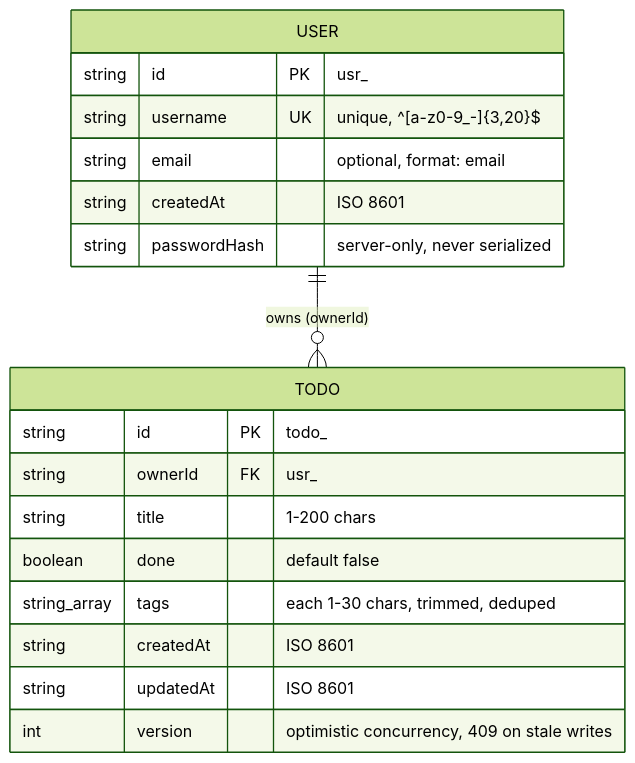
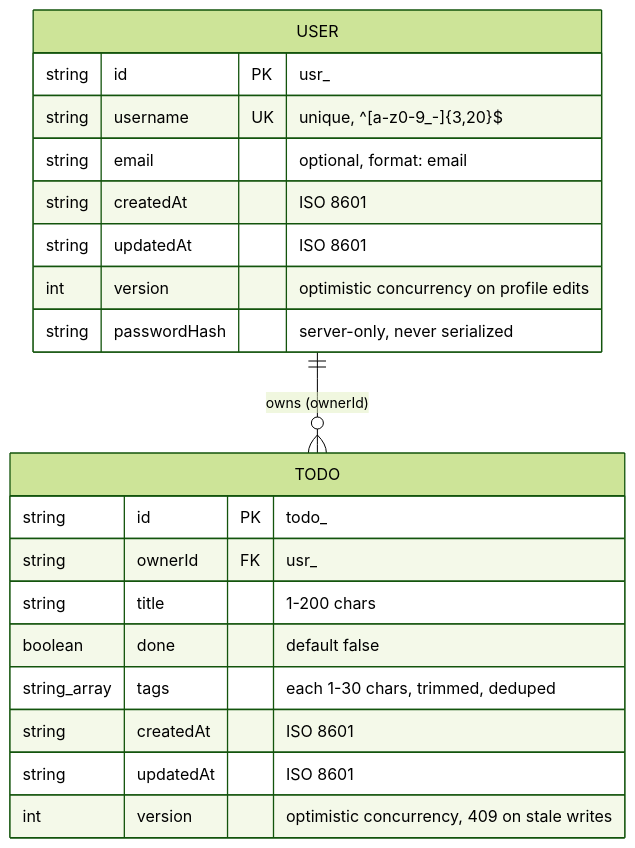
Before and after one commit to asimov-hq/minimal-npm-workspace: the diagram in docs/documentations/developer/data-models.md, drawn with Mermaid (forest theme). The commit also changed other lines of this file and 9 other files, not shown here.

First line of the commit message:
Symmetric user CRUD: PATCH/DELETE /v1/me with optimistic concurrency

````diff
--- a/docs/documentations/developer/data-models.md
+++ b/docs/documentations/developer/data-models.md
@@ -7,21 +7,23 @@
 ```mermaid
 erDiagram
     USER ||--o{ TODO : "owns (ownerId)"
     USER {
         string id PK "usr_<uuid>"
         string username UK "unique, ^[a-z0-9_-]{3,20}$"
         string email "optional, format: email"
         string createdAt "ISO 8601"
+        string updatedAt "ISO 8601"
+        int version "optimistic concurrency on profile edits"
         string passwordHash "server-only, never serialized"
     }
     TODO {
         string id PK "todo_<uuid>"
         string ownerId FK "usr_<uuid>"
         string title "1-200 chars"
         boolean done "default false"
         string_array tags "each 1-30 chars, trimmed, deduped"
         string createdAt "ISO 8601"
         string updatedAt "ISO 8601"
         int version "optimistic concurrency, 409 on stale writes"
     }
 ```
````
